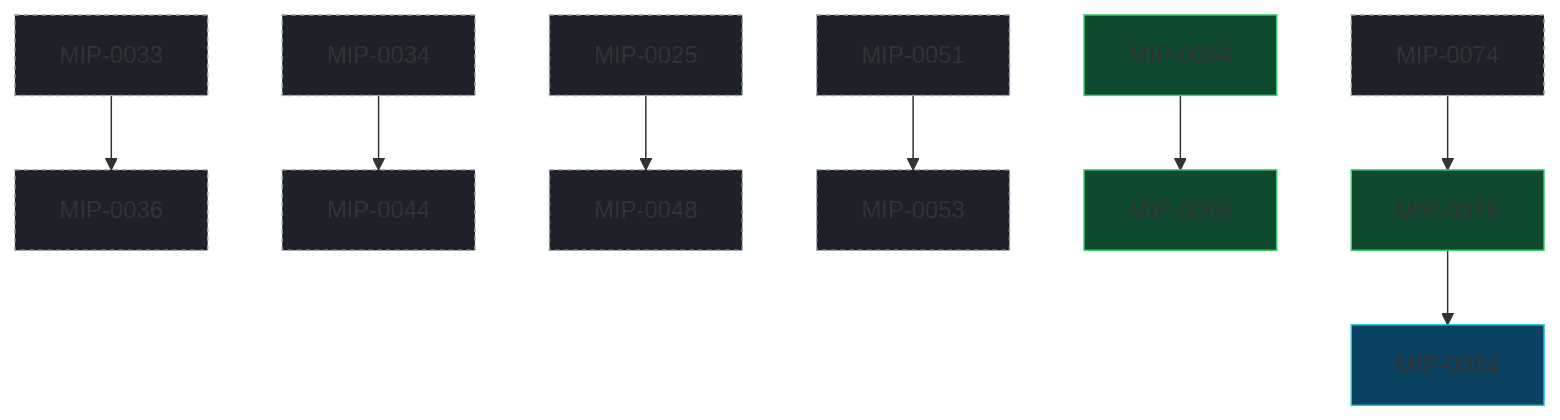
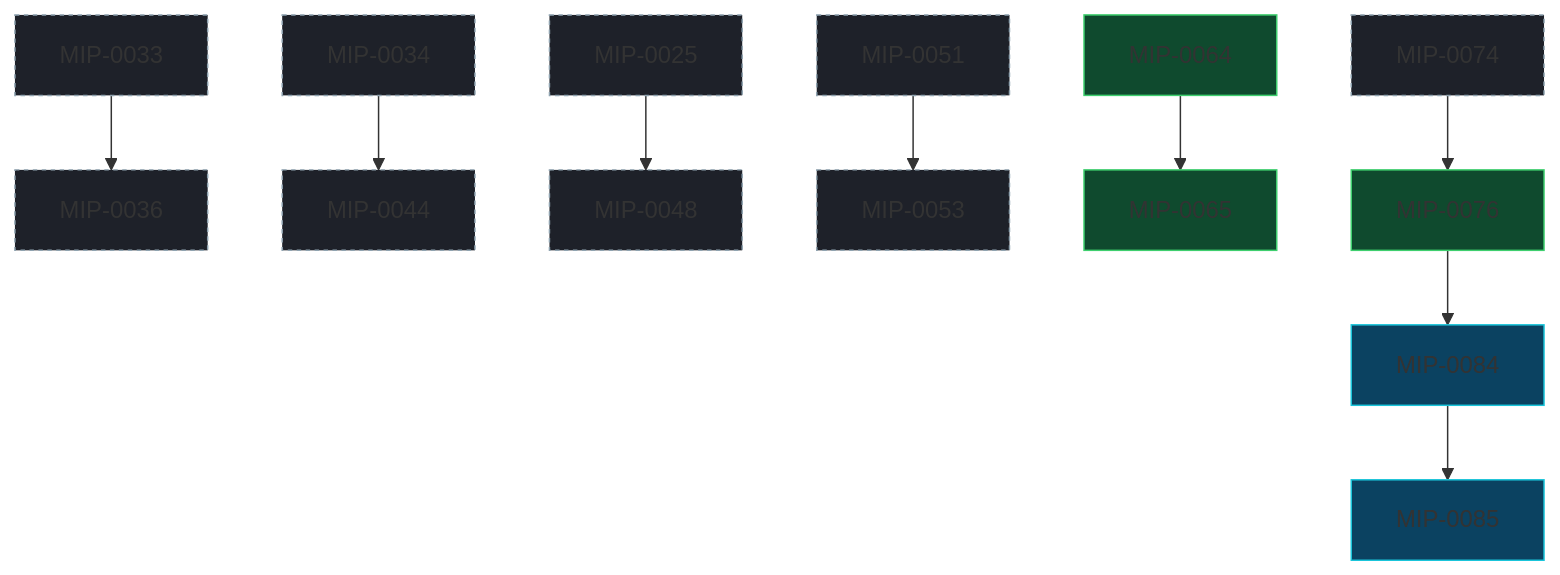
Before and after one commit to marola-dev/marola: the diagram in docs/MIPs/README.md, drawn with Mermaid. The commit also changed other lines of this file and 2 other files, not shown here.

First paragraph of the commit message:
MIP-0085: docs(mips): MIP-0085, the routing index family (#775)
* docs(mips): MIP-0085, the routing index family

````diff
--- a/docs/MIPs/README.md
+++ b/docs/MIPs/README.md
@@ -98,27 +99,29 @@
 ```mermaid
 flowchart TD
   classDef draft fill:#1e2129,stroke:#8fa3b0,stroke-dasharray:3 3;
   classDef accepted fill:#0b4261,stroke:#1ac5da;
   classDef implemented fill:#0f4a2e,stroke:#3ecf6e;
   classDef rejected fill:#2a2d35,stroke:#666,color:#999;
   M0025["MIP-0025"]:::draft
   M0033["MIP-0033"]:::draft
   M0034["MIP-0034"]:::draft
   M0036["MIP-0036"]:::draft
   M0044["MIP-0044"]:::draft
   M0048["MIP-0048"]:::draft
   M0051["MIP-0051"]:::draft
   M0053["MIP-0053"]:::draft
   M0064["MIP-0064"]:::implemented
   M0065["MIP-0065"]:::implemented
   M0074["MIP-0074"]:::draft
   M0076["MIP-0076"]:::implemented
   M0084["MIP-0084"]:::accepted
+  M0085["MIP-0085"]:::accepted
   M0025 --> M0048
   M0033 --> M0036
   M0034 --> M0044
   M0051 --> M0053
   M0064 --> M0065
   M0074 --> M0076
   M0076 --> M0084
+  M0084 --> M0085
 ```
````
